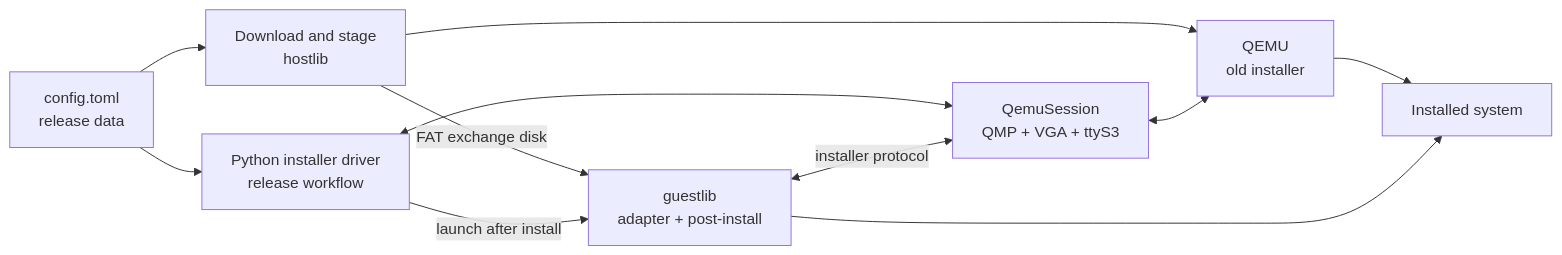
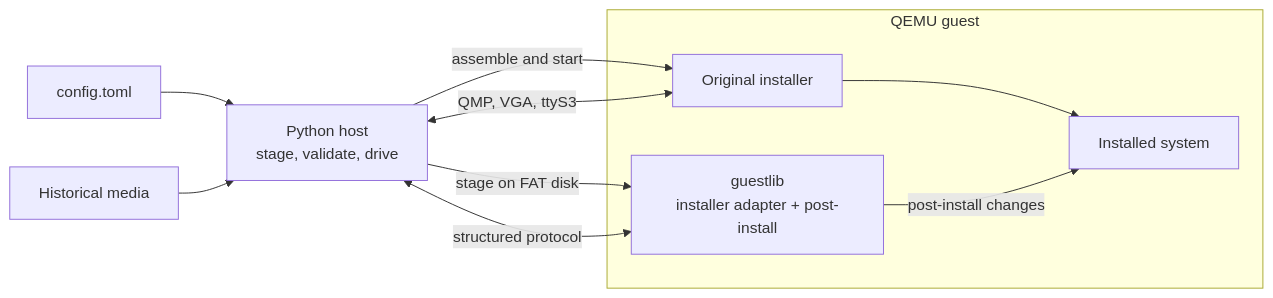
One commit to jblang/retrodist changed the first of 7 diagrams in ARCHITECTURE.md. Above: the diagram before and after it, drawn with Mermaid. The commit also changed other lines of this file and 6 other files, not shown here.

````diff
--- a/ARCHITECTURE.md
+++ b/ARCHITECTURE.md
@@ -18,18 +18,15 @@
 ```mermaid
 flowchart LR
-    config["config.toml<br/>release data"]
-    prepare["Download and stage<br/>hostlib"]
-    vm["QEMU<br/>old installer"]
-    driver["Python installer driver<br/>release workflow"]
-    controls["QemuSession<br/>QMP + VGA + ttyS3"]
-    guestlib["guestlib<br/>adapter + post-install"]
-    system["Installed system"]
+    config["config.toml"] --> host["Python host<br/>stage, validate, drive"]
+    media["Historical media"] --> host
 
-    config --> prepare --> vm --> system
-    config --> driver
-    driver <--> controls <--> vm
-    prepare -->|FAT exchange disk| guestlib
-    guestlib <-->|installer protocol| controls
-    driver -->|launch after install| guestlib
-    guestlib --> system
+    subgraph vm[QEMU guest]
+        installer["Original installer"] --> system["Installed system"]
+        runtime["guestlib<br/>installer adapter + post-install"] -->|post-install changes| system
+    end
+
+    host -->|assemble and start| installer
+    host <-->|QMP, VGA, ttyS3| installer
+    host -->|stage on FAT disk| runtime
+    host <-->|structured protocol| runtime
 ```
````
